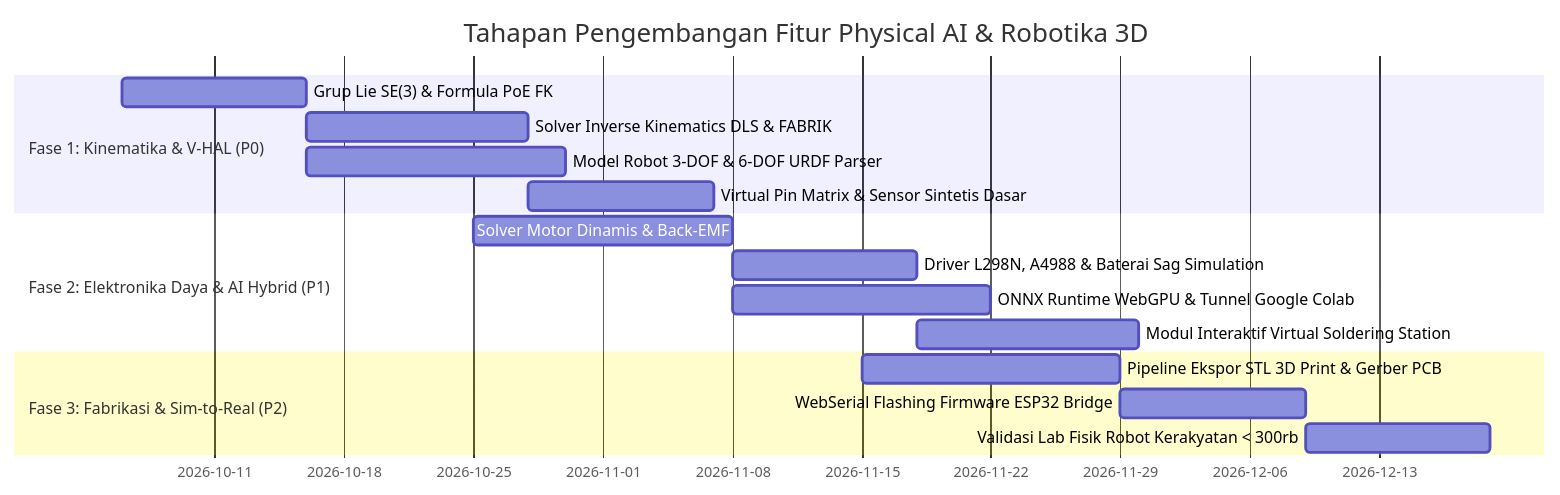
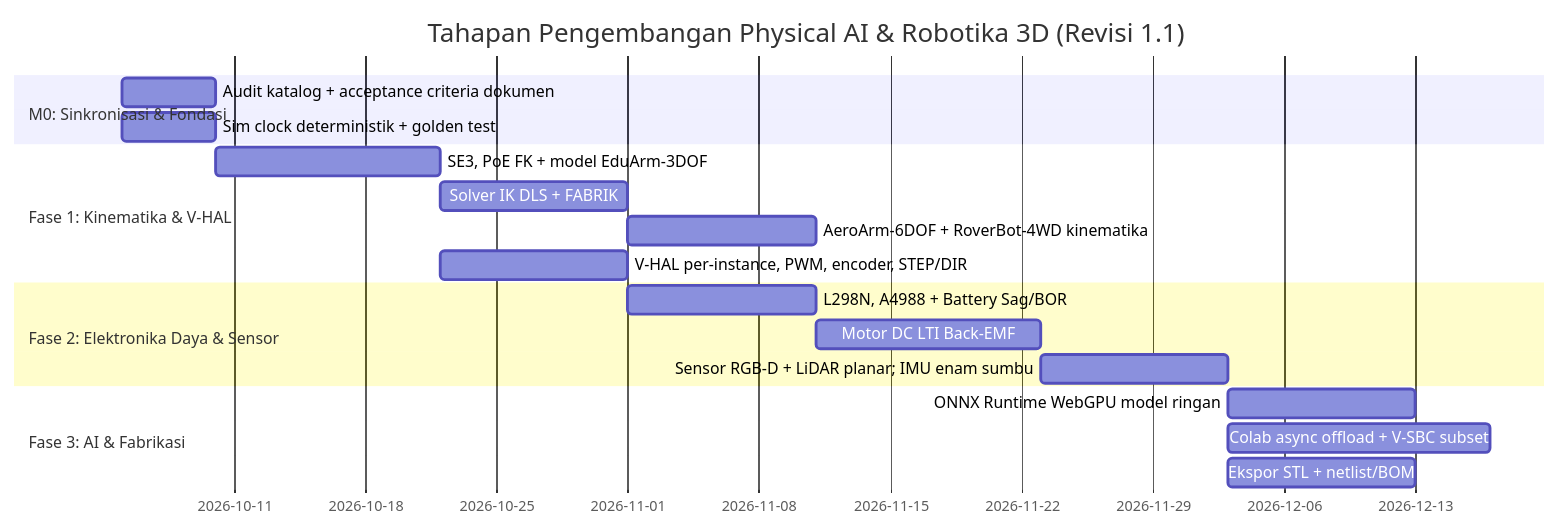
Before and after one commit to joeinus134131/simulate: the diagram in docs/README.md, drawn with Mermaid. The commit also changed other lines of this file and 9 other files, not shown here.

````diff
--- a/docs/README.md
+++ b/docs/README.md
@@ -45,21 +49,24 @@
 ```mermaid
 gantt
-    title Tahapan Pengembangan Fitur Physical AI & Robotika 3D
+    title Tahapan Pengembangan Physical AI & Robotika 3D (Revisi 1.1)
     dateFormat  YYYY-MM-DD
-    section Fase 1: Kinematika & V-HAL (P0)
-    Grup Lie SE(3) & Formula PoE FK             :a1, 2026-10-06, 10d
-    Solver Inverse Kinematics DLS & FABRIK       :a2, after a1, 12d
-    Model Robot 3-DOF & 6-DOF URDF Parser        :a3, after a1, 14d
-    Virtual Pin Matrix & Sensor Sintetis Dasar   :a4, after a2, 10d
+    section M0: Sinkronisasi & Fondasi
+    Audit katalog + acceptance criteria dokumen  :m1, 2026-10-05, 5d
+    Sim clock deterministik + golden test        :m2, 2026-10-05, 5d
 
-    section Fase 2: Elektronika Daya & AI Hybrid (P1)
-    Solver Motor Dinamis & Back-EMF              :b1, 2026-10-25, 14d
-    Driver L298N, A4988 & Baterai Sag Simulation :b2, after b1, 10d
-    ONNX Runtime WebGPU & Tunnel Google Colab    :b3, after b1, 14d
-    Modul Interaktif Virtual Soldering Station   :b4, after b2, 12d
+    section Fase 1: Kinematika & V-HAL
+    SE3, PoE FK + model EduArm-3DOF              :a1, after m2, 12d
+    Solver IK DLS + FABRIK                       :a2, after a1, 10d
+    AeroArm-6DOF + RoverBot-4WD kinematika       :a3, after a2, 10d
+    V-HAL per-instance, PWM, encoder, STEP/DIR   :a4, after a1, 10d
 
-    section Fase 3: Fabrikasi & Sim-to-Real (P2)
-    Pipeline Ekspor STL 3D Print & Gerber PCB    :c1, 2026-11-15, 14d
-    WebSerial Flashing Firmware ESP32 Bridge     :c2, after c1, 10d
-    Validasi Lab Fisik Robot Kerakyatan < 300rb  :c3, after c2, 10d
+    section Fase 2: Elektronika Daya & Sensor
+    L298N, A4988 + Battery Sag/BOR               :b1, after a4, 10d
+    Motor DC LTI Back-EMF                       :b2, after b1, 12d
+    Sensor RGB-D + LiDAR planar; IMU enam sumbu :b3, after b2, 10d
+
+    section Fase 3: AI & Fabrikasi
+    ONNX Runtime WebGPU model ringan             :c1, after b3, 10d
+    Colab async offload + V-SBC subset           :c2, after b3, 14d
+    Ekspor STL + netlist/BOM                     :c3, after b3, 10d
 ```
````
